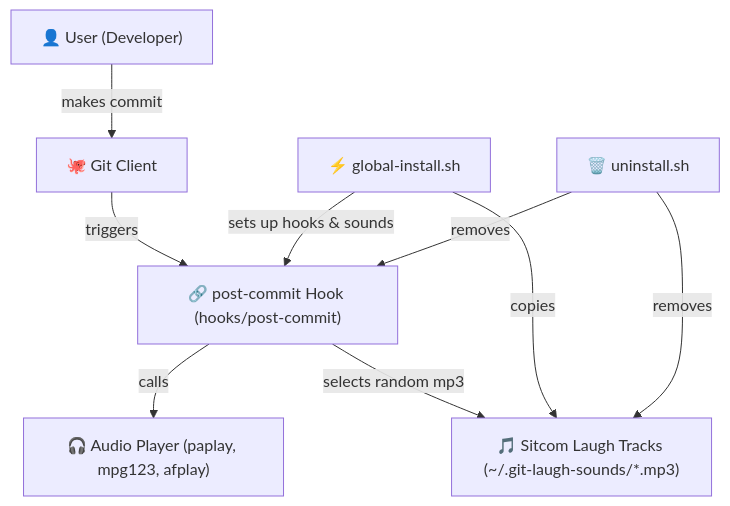
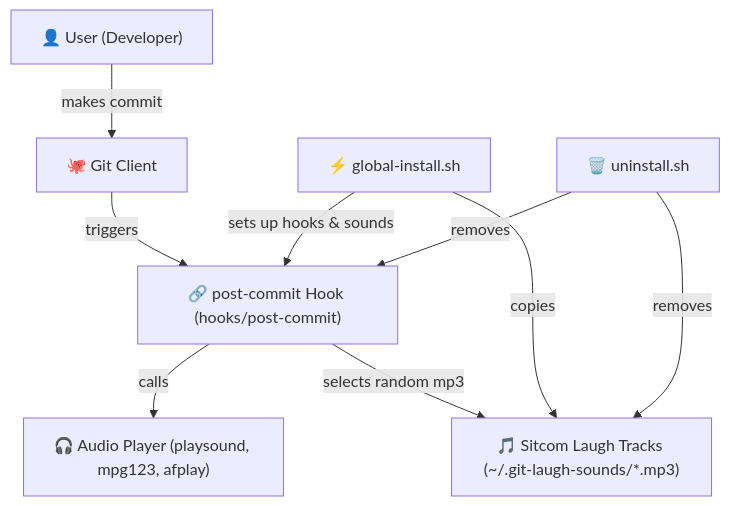
Before and after one commit to eleven-dev-cafe/git-laugh-track: the diagram in README.md, drawn with Mermaid. The commit also changed other lines of this file, not shown here.

Commit message:
Added flowchart, Demo vieo

````diff
--- a/README.md
+++ b/README.md
@@ -16,19 +16,19 @@
 ```mermaid
 flowchart TD
     User["👤 User (Developer)"]
     Git["🐙 Git Client"]
     PostCommitHook["🔗 post-commit Hook (hooks/post-commit)"]
     SoundFiles["🎵 Sitcom Laugh Tracks (~/.git-laugh-sounds/*.mp3)"]
-    AudioPlayer["🎧 Audio Player (paplay, mpg123, afplay)"]
+    AudioPlayer["🎧 Audio Player (playsound, mpg123, afplay)"]
     Installer["⚡ global-install.sh"]
     Uninstaller["🗑️ uninstall.sh"]
 
     User --makes commit--> Git
     Git --triggers--> PostCommitHook
     PostCommitHook --selects random mp3--> SoundFiles
     PostCommitHook --calls--> AudioPlayer
     Installer --sets up hooks & sounds--> PostCommitHook
     Installer --copies--> SoundFiles
     Uninstaller --removes--> PostCommitHook
     Uninstaller --removes--> SoundFiles
 ```
````
